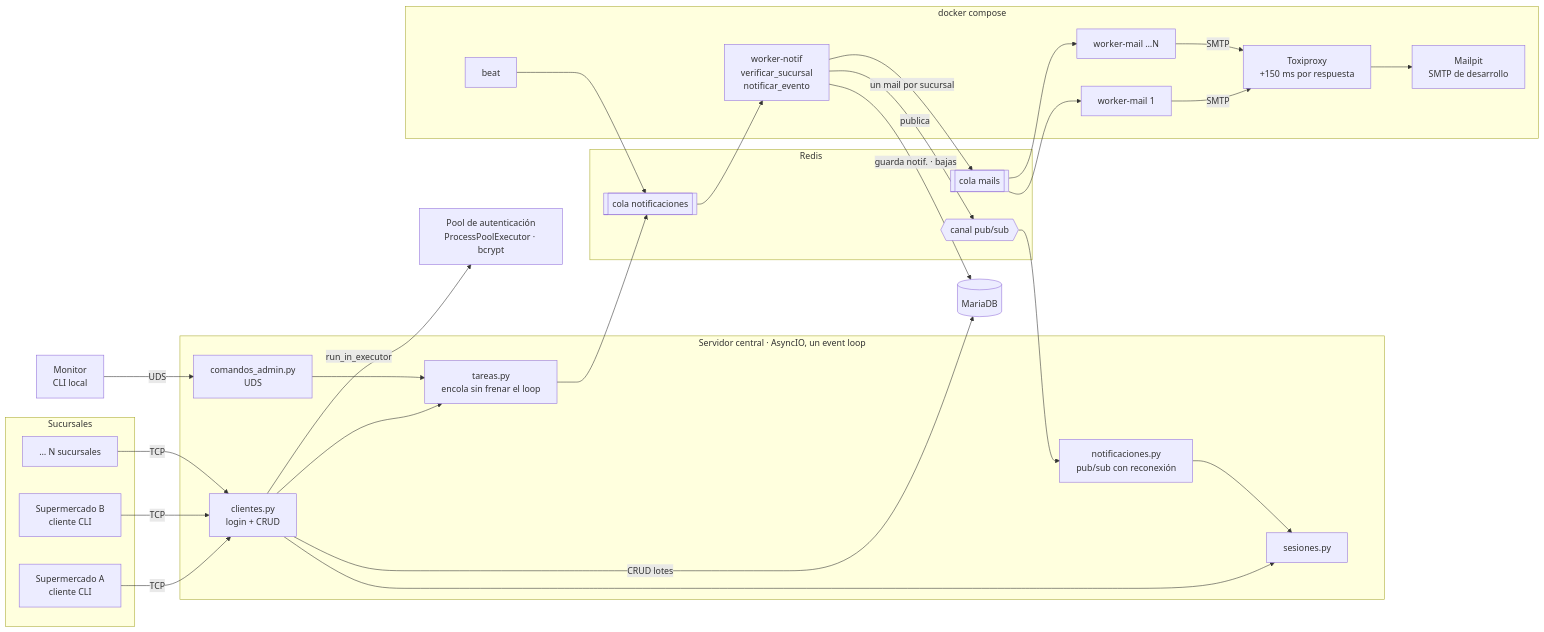
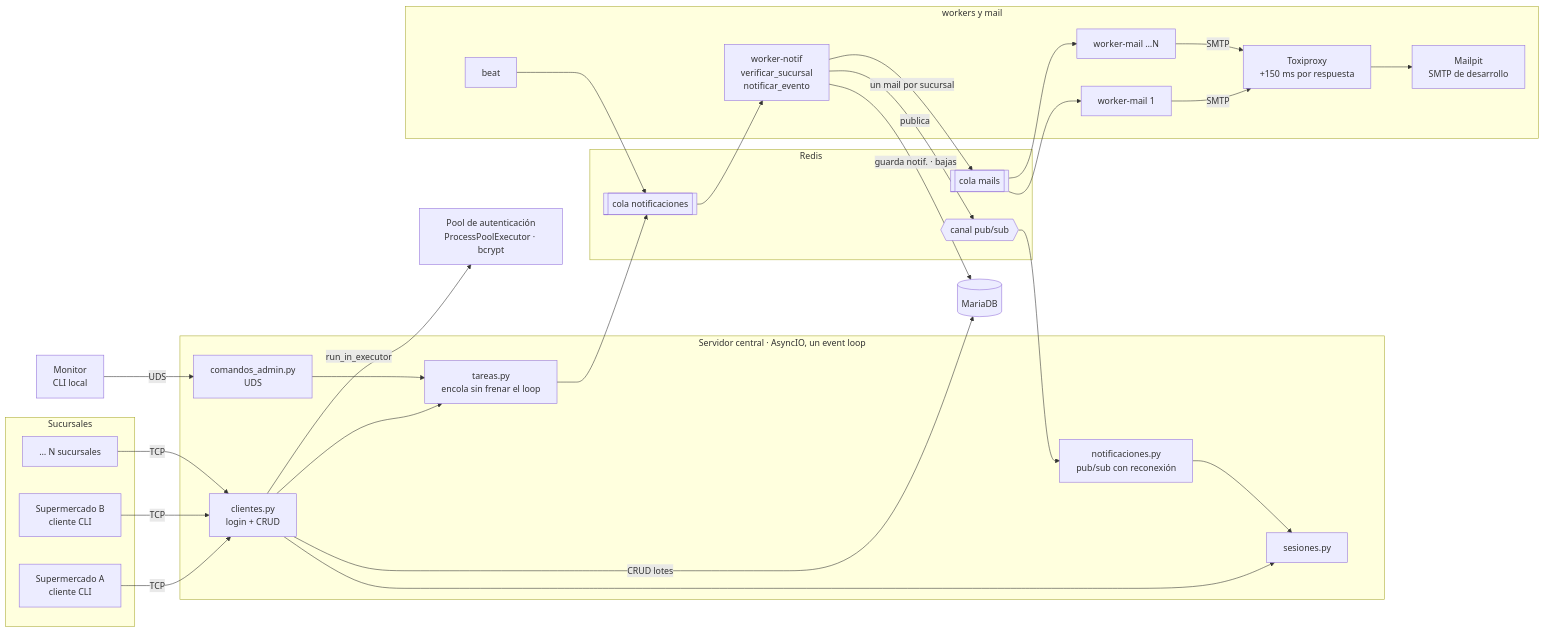
The second of 2 diagrams in README.md (abenavidezUM/freshnotify), drawn with Mermaid before and after one commit. The commit also changed other lines of this file and 2 other files, not shown here.

````diff
--- a/README.md
+++ b/README.md
@@ -72,52 +76,52 @@
 ```mermaid
 flowchart LR
     subgraph Sucursales
         A[Supermercado A<br/>cliente CLI]
         B[Supermercado B<br/>cliente CLI]
         N[… N sucursales]
     end
     M[Monitor<br/>CLI local]
 
     subgraph S[Servidor central · AsyncIO, un event loop]
         CL[clientes.py<br/>login + CRUD]
         SE[sesiones.py]
         AD[comandos_admin.py<br/>UDS]
         NO[notificaciones.py<br/>pub/sub con reconexión]
         CT[tareas.py<br/>encola sin frenar el loop]
     end
     P[Pool de autenticación<br/>ProcessPoolExecutor · bcrypt]
 
     subgraph R[Redis]
         QN[[cola notificaciones]]
         QM[[cola mails]]
         PS{{canal pub/sub}}
     end
 
-    subgraph Docker[docker compose]
+    subgraph Docker[workers y mail]
         WN[worker-notif<br/>verificar_sucursal<br/>notificar_evento]
         WM1[worker-mail 1]
         WM2[worker-mail …N]
         BT[beat]
         TP[Toxiproxy<br/>+150 ms por respuesta]
         MP[Mailpit<br/>SMTP de desarrollo]
     end
     DB[(MariaDB)]
 
     A & B & N -- TCP --> CL
     M -- UDS --> AD
     CL --> SE
     NO --> SE
     CL -- run_in_executor --> P
     CL -- CRUD lotes --> DB
     CL --> CT
     AD --> CT
     CT --> QN
     BT --> QN
     QN --> WN
     WN -- guarda notif. · bajas --> DB
     WN -- publica --> PS
     WN -- un mail por sucursal --> QM
     PS --> NO
     QM --> WM1 & WM2
     WM1 & WM2 -- SMTP --> TP --> MP
 ```
````
